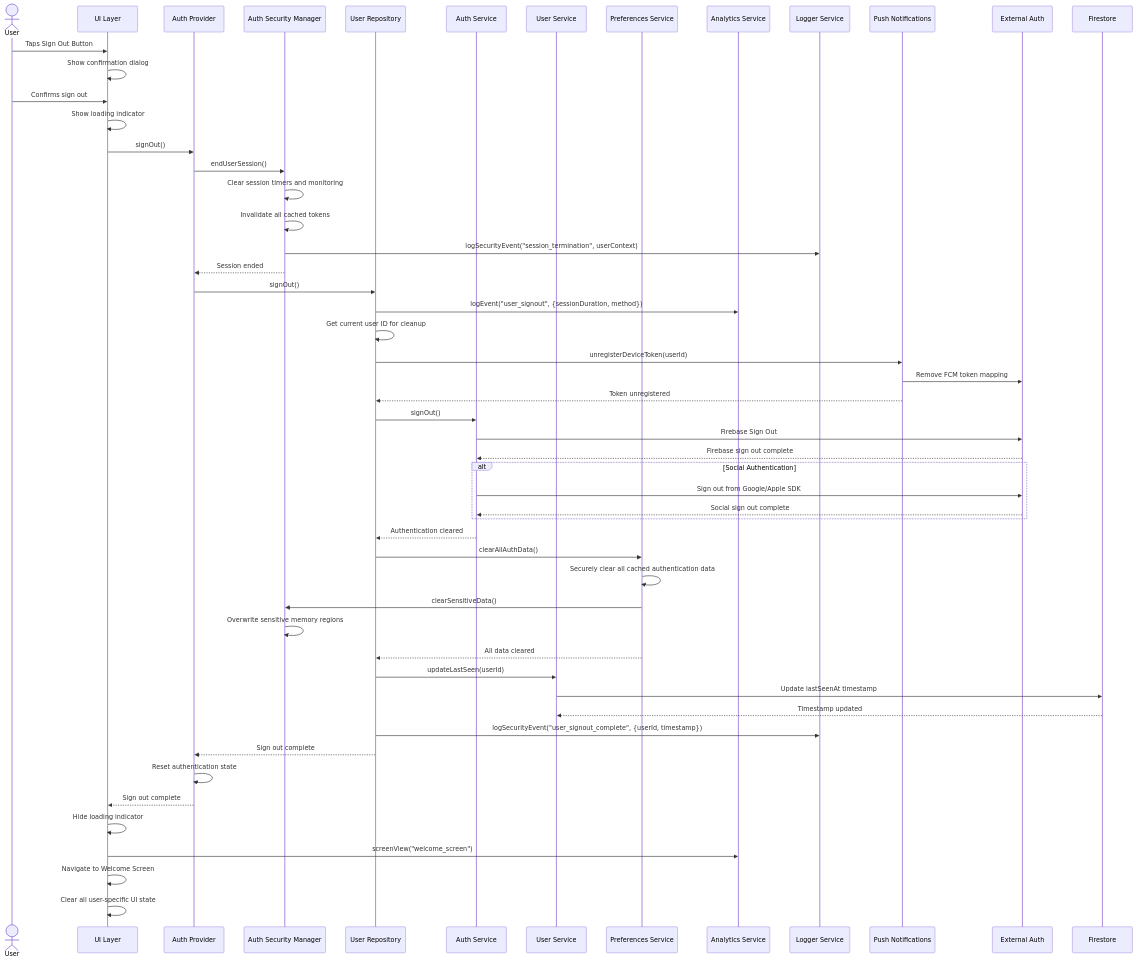
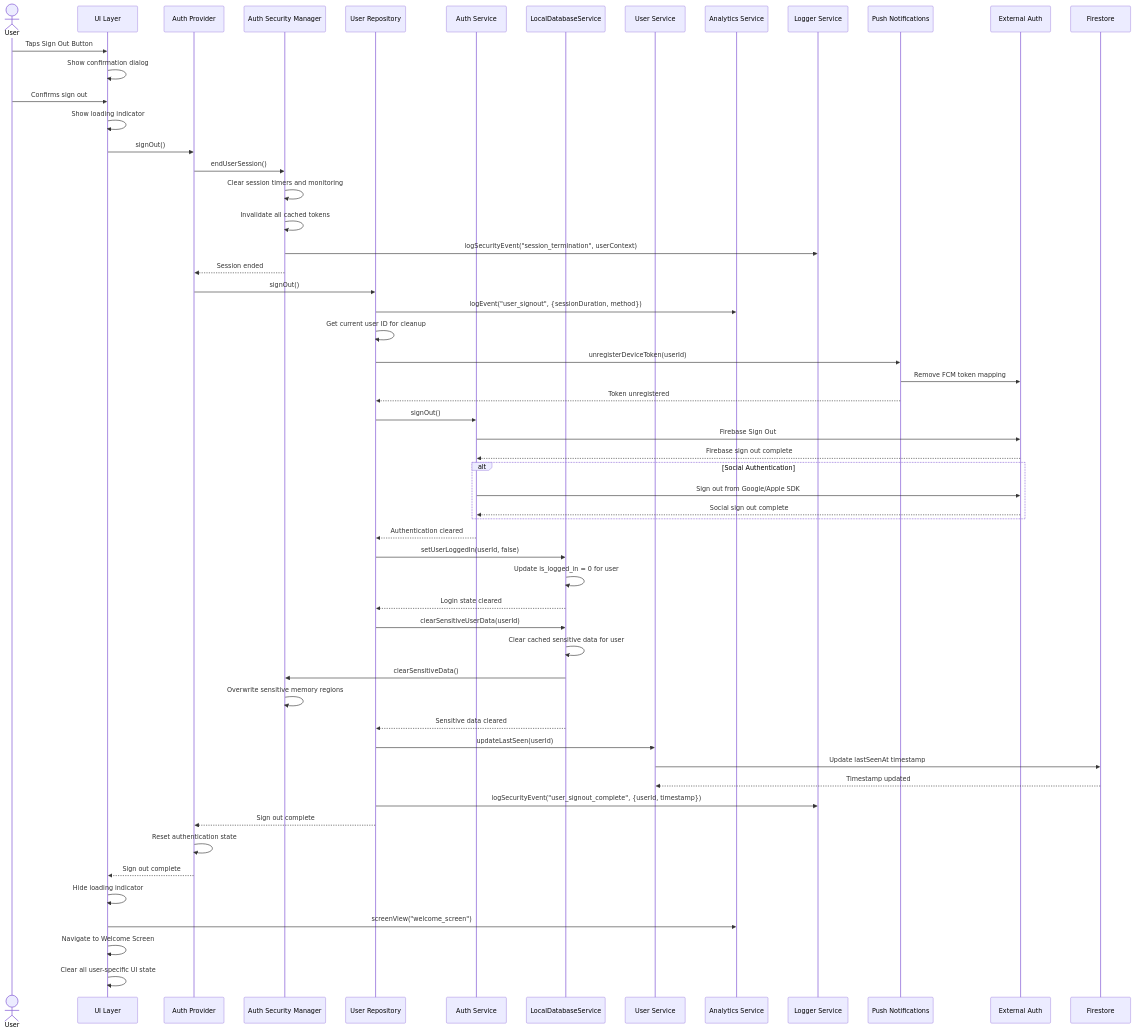
Before and after one commit to DuckBuck-Studios/DuckBuck-AI-Walkie-Talkie: the fourth of 10 diagrams in docs/auth/auth_user_flows.md, drawn with Mermaid. The commit also changed other lines of this file and 19 other files, not shown here.

````diff
--- a/docs/auth/auth_user_flows.md
+++ b/docs/auth/auth_user_flows.md
@@ -340,68 +432,72 @@
 ```mermaid
 sequenceDiagram
     actor User
     participant UI as UI Layer
     participant Provider as Auth Provider
     participant Security as Auth Security Manager
     participant Repository as User Repository
     participant Auth as Auth Service
-    participant DB as User Service
-    participant Storage as Preferences Service
+    participant LocalDB as LocalDatabaseService
+    participant UserDB as User Service
     participant Analytics as Analytics Service
     participant Logger as Logger Service
     participant FCM as Push Notifications
     participant External as External Auth
     participant Firestore as Firestore
     
     User->>UI: Taps Sign Out Button
     UI->>UI: Show confirmation dialog
     User->>UI: Confirms sign out
     UI->>UI: Show loading indicator
     UI->>Provider: signOut()
     
     Provider->>Security: endUserSession()
     Security->>Security: Clear session timers and monitoring
     Security->>Security: Invalidate all cached tokens
     Security->>Logger: logSecurityEvent("session_termination", userContext)
     Security-->>Provider: Session ended
     
     Provider->>Repository: signOut()
     Repository->>Analytics: logEvent("user_signout", {sessionDuration, method})
     
     Repository->>Repository: Get current user ID for cleanup
     Repository->>FCM: unregisterDeviceToken(userId)
     FCM->>External: Remove FCM token mapping
     FCM-->>Repository: Token unregistered
     
     Repository->>Auth: signOut()
     Auth->>External: Firebase Sign Out
     External-->>Auth: Firebase sign out complete
     
     alt Social Authentication
         Auth->>External: Sign out from Google/Apple SDK
         External-->>Auth: Social sign out complete
     end
     
     Auth-->>Repository: Authentication cleared
     
-    Repository->>Storage: clearAllAuthData()
-    Storage->>Storage: Securely clear all cached authentication data
-    Storage->>Security: clearSensitiveData()
+    Repository->>LocalDB: setUserLoggedIn(userId, false)
+    LocalDB->>LocalDB: Update is_logged_in = 0 for user
+    LocalDB-->>Repository: Login state cleared
+    
+    Repository->>LocalDB: clearSensitiveUserData(userId)
+    LocalDB->>LocalDB: Clear cached sensitive data for user
+    LocalDB->>Security: clearSensitiveData()
     Security->>Security: Overwrite sensitive memory regions
-    Storage-->>Repository: All data cleared
+    LocalDB-->>Repository: Sensitive data cleared
     
-    Repository->>DB: updateLastSeen(userId)
-    DB->>Firestore: Update lastSeenAt timestamp
-    Firestore-->>DB: Timestamp updated
+    Repository->>UserDB: updateLastSeen(userId)
+    UserDB->>Firestore: Update lastSeenAt timestamp
+    Firestore-->>UserDB: Timestamp updated
     
     Repository->>Logger: logSecurityEvent("user_signout_complete", {userId, timestamp})
     
     Repository-->>Provider: Sign out complete
     Provider->>Provider: Reset authentication state
     Provider-->>UI: Sign out complete
     
     UI->>UI: Hide loading indicator
     UI->>Analytics: screenView("welcome_screen")
     UI->>UI: Navigate to Welcome Screen
     UI->>UI: Clear all user-specific UI state
 ```
````
